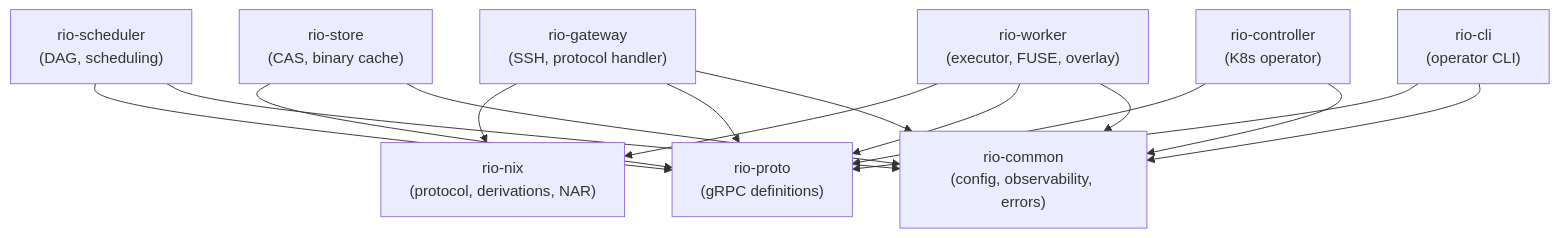
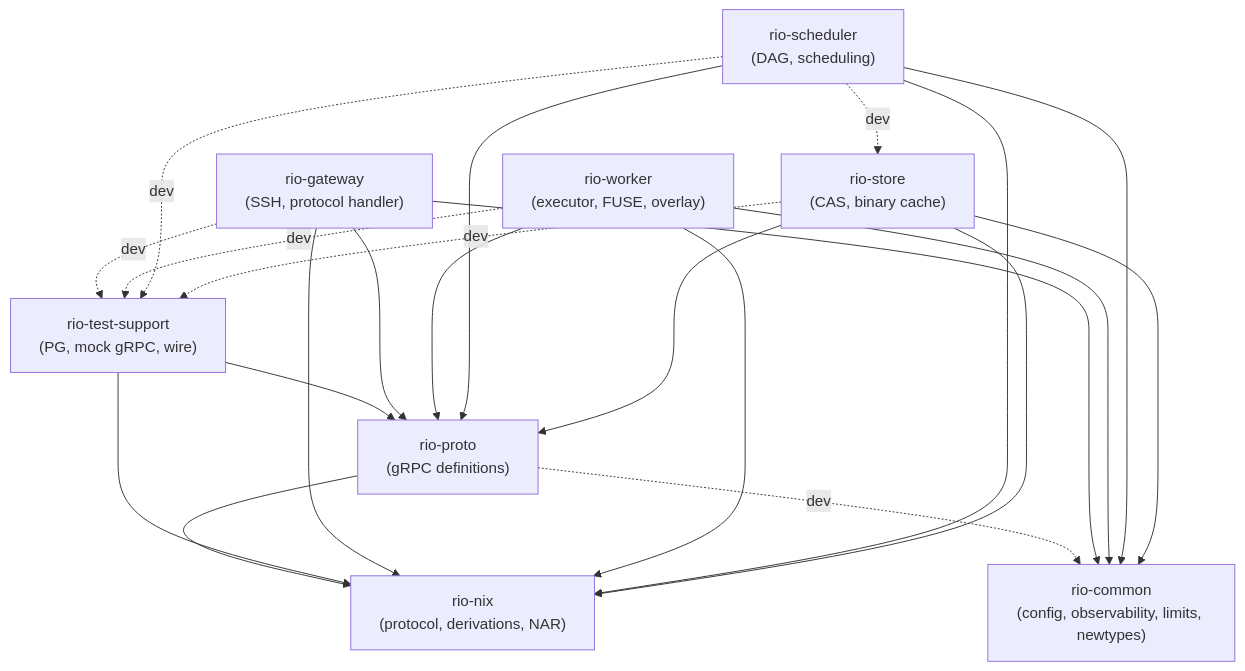
Before and after one commit to Mic92/rio-build: the diagram in docs/src/crate-structure.md, drawn with Mermaid. The commit also changed other lines of this file, not shown here.

````diff
--- a/docs/src/crate-structure.md
+++ b/docs/src/crate-structure.md
@@ -176,27 +26,38 @@
 ```mermaid
 graph TD
-    rio-common["rio-common<br/>(config, observability, errors)"]
+    rio-common["rio-common<br/>(config, observability, limits, newtypes)"]
     rio-nix["rio-nix<br/>(protocol, derivations, NAR)"]
     rio-proto["rio-proto<br/>(gRPC definitions)"]
+    rio-test-support["rio-test-support<br/>(PG, mock gRPC, wire)"]
     rio-store["rio-store<br/>(CAS, binary cache)"]
     rio-scheduler["rio-scheduler<br/>(DAG, scheduling)"]
     rio-gateway["rio-gateway<br/>(SSH, protocol handler)"]
     rio-worker["rio-worker<br/>(executor, FUSE, overlay)"]
-    rio-controller["rio-controller<br/>(K8s operator)"]
-    rio-cli["rio-cli<br/>(operator CLI)"]
+
+    rio-proto --> rio-nix
+    rio-proto -.->|dev| rio-common
+
+    rio-test-support --> rio-nix
+    rio-test-support --> rio-proto
 
     rio-gateway --> rio-nix
     rio-gateway --> rio-proto
     rio-gateway --> rio-common
+    rio-gateway -.->|dev| rio-test-support
+
     rio-worker --> rio-nix
     rio-worker --> rio-proto
     rio-worker --> rio-common
+    rio-worker -.->|dev| rio-test-support
+
+    rio-scheduler --> rio-nix
     rio-scheduler --> rio-proto
     rio-scheduler --> rio-common
+    rio-scheduler -.->|dev| rio-store
+    rio-scheduler -.->|dev| rio-test-support
+
+    rio-store --> rio-nix
     rio-store --> rio-proto
     rio-store --> rio-common
-    rio-controller --> rio-proto
-    rio-controller --> rio-common
-    rio-cli --> rio-proto
-    rio-cli --> rio-common
+    rio-store -.->|dev| rio-test-support
 ```
````
